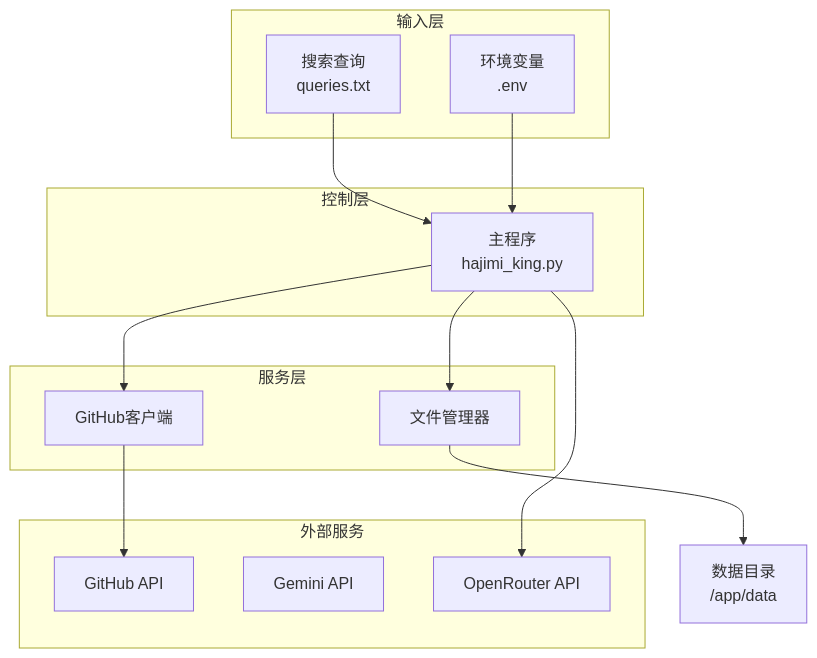
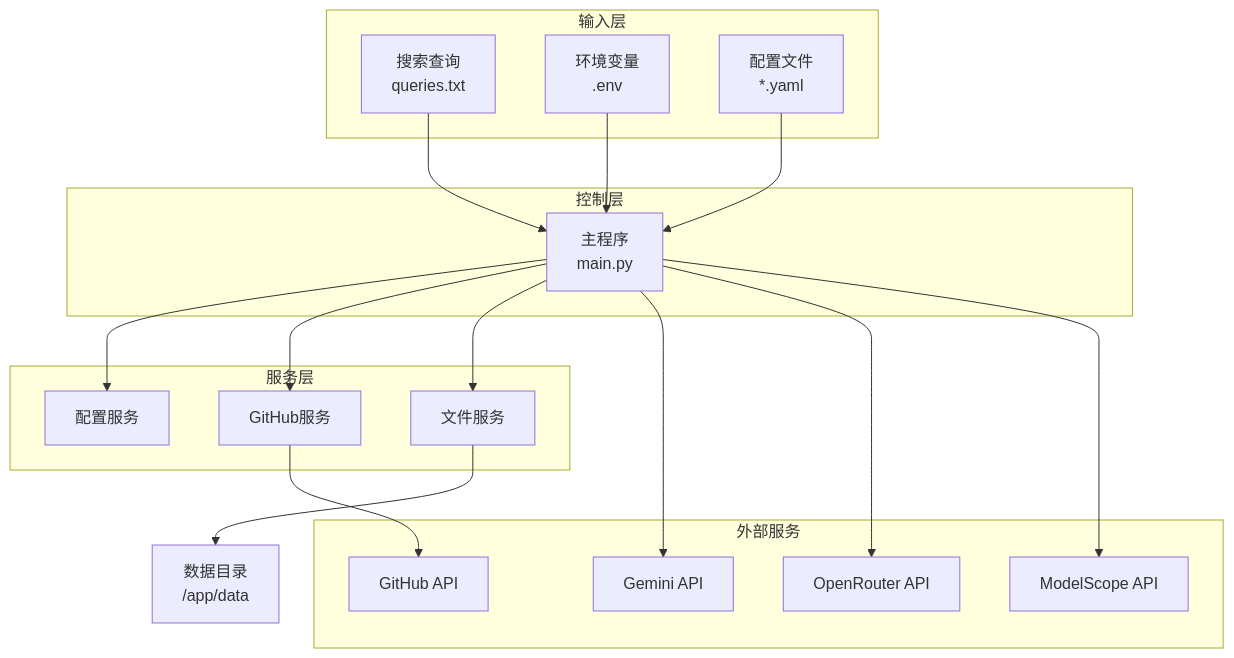
Before and after one commit to james-6-23/APIKEY-king: the second of 4 diagrams in .qoder/repowiki/zh/content/项目概述.md, drawn with Mermaid. The commit also changed other lines of this file and 49 other files, not shown here.

````diff
--- a/.qoder/repowiki/zh/content/项目概述.md
+++ b/.qoder/repowiki/zh/content/项目概述.md
@@ -158,26 +164,33 @@
 ```mermaid
 graph TB
 subgraph "输入层"
 Queries[搜索查询<br/>queries.txt]
 Env[环境变量<br/>.env]
+YAML[配置文件<br/>*.yaml]
 end
 subgraph "控制层"
-Main[主程序<br/>hajimi_king.py]
+Main[主程序<br/>main.py]
 end
 subgraph "服务层"
-GitHubClient[GitHub客户端]
-FileManager[文件管理器]
+ConfigService[配置服务]
+GitHubService[GitHub服务]
+FileService[文件服务]
 end
 subgraph "外部服务"
 GitHubAPI[GitHub API]
 GeminiAPI[Gemini API]
 OpenRouterAPI[OpenRouter API]
+ModelScopeAPI[ModelScope API]
 end
 Queries --> Main
 Env --> Main
-Main --> GitHubClient
-Main --> FileManager
-GitHubClient --> GitHubAPI
-FileManager --> Data[数据目录<br/>/app/data]
+YAML --> Main
+Main --> ConfigService
+Main --> GitHubService
+Main --> FileService
+GitHubService --> GitHubAPI
+FileService --> Data[数据目录<br/>/app/data]
+Main --> GeminiAPI
 Main --> OpenRouterAPI
+Main --> ModelScopeAPI
 ```
````
